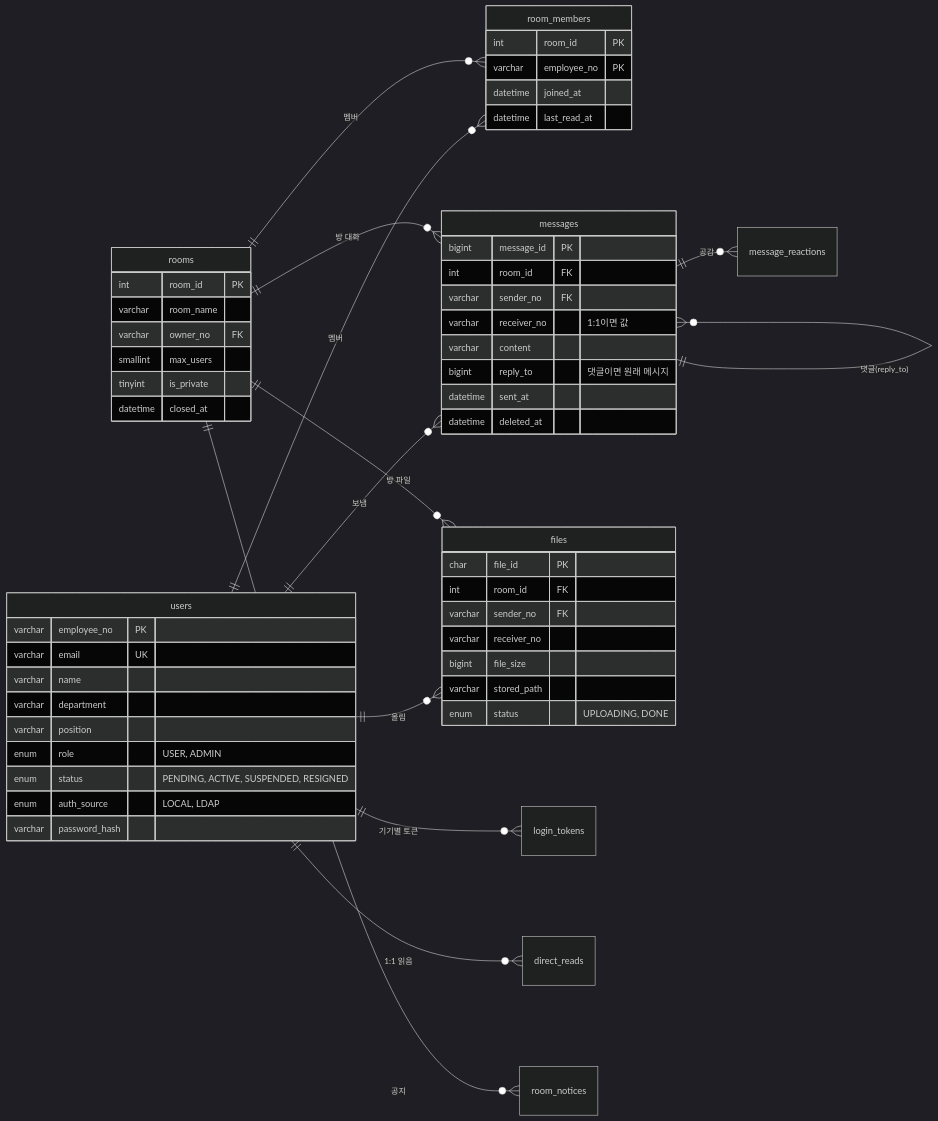
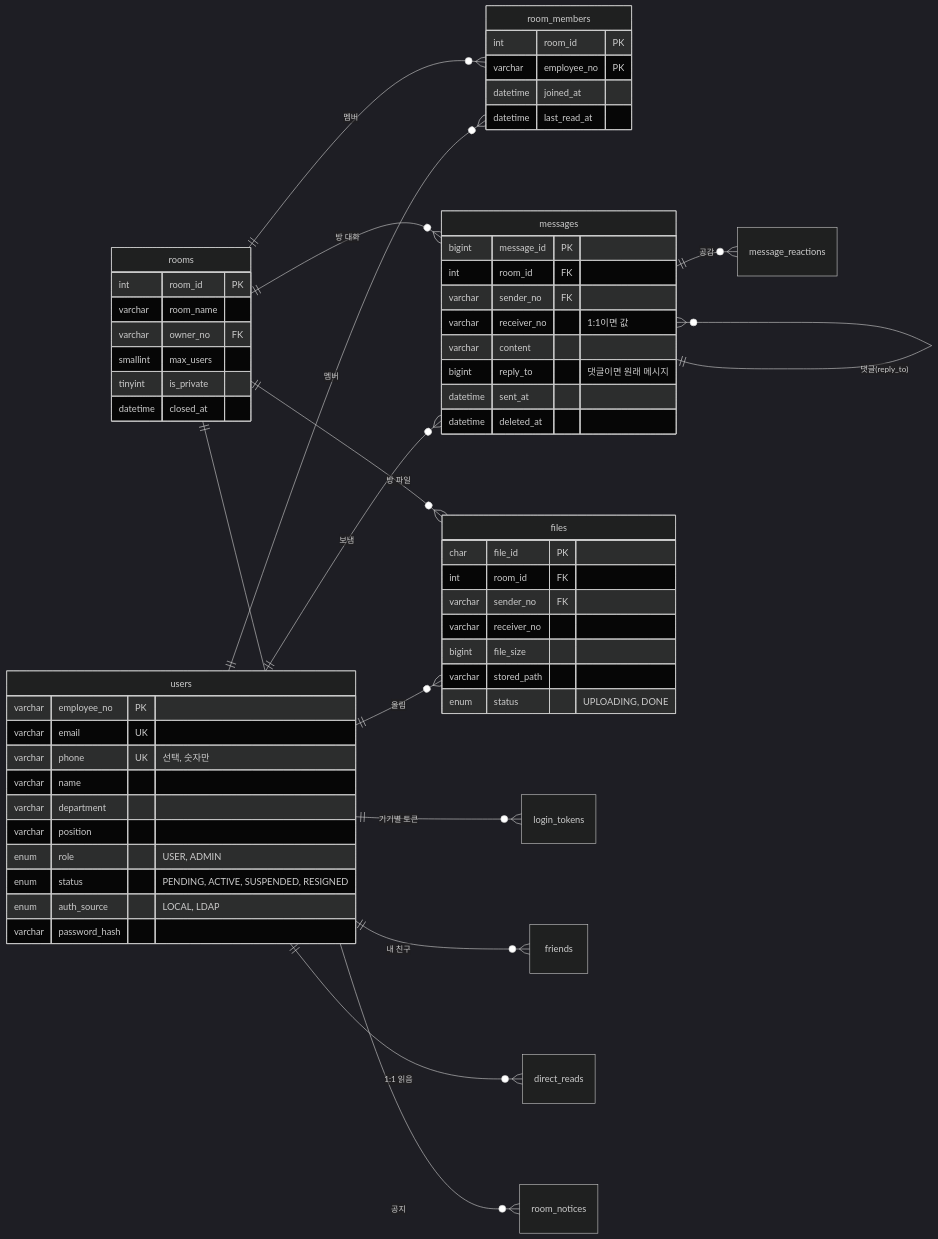
One commit to mycom0216/TalkProgram changed the seventh of 7 diagrams in docs/ARCHITECTURE.md. Above: the diagram before and after it, drawn with Mermaid (dark theme). The commit also changed other lines of this file and 19 other files, not shown here.

````diff
--- a/docs/ARCHITECTURE.md
+++ b/docs/ARCHITECTURE.md
@@ -264,60 +265,62 @@
 ```mermaid
 erDiagram
     direction LR
     users ||--o{ room_members : "멤버"
     users ||--o{ messages : "보냄"
     users ||--o{ files : "올림"
     users ||--o{ login_tokens : "기기별 토큰"
+    users ||--o{ friends : "내 친구"
     users ||--o{ direct_reads : "1:1 읽음"
     rooms ||--o{ room_members : "멤버"
     rooms ||--o{ messages : "방 대화"
     rooms ||--o{ files : "방 파일"
     rooms ||--o{ room_notices : "공지"
     messages ||--o{ message_reactions : "공감"
     messages ||--o{ messages : "댓글(reply_to)"
 
     users {
         varchar employee_no PK
         varchar email UK
+        varchar phone UK "선택, 숫자만"
         varchar name
         varchar department
         varchar position
         enum role "USER, ADMIN"
         enum status "PENDING, ACTIVE, SUSPENDED, RESIGNED"
         enum auth_source "LOCAL, LDAP"
         varchar password_hash
     }
     rooms {
         int room_id PK
         varchar room_name
         varchar owner_no FK
         smallint max_users
         tinyint is_private
         datetime closed_at
     }
     room_members {
         int room_id PK
         varchar employee_no PK
         datetime joined_at
         datetime last_read_at
     }
     messages {
         bigint message_id PK
         int room_id FK
         varchar sender_no FK
         varchar receiver_no "1:1이면 값"
         varchar content
         bigint reply_to "댓글이면 원래 메시지"
         datetime sent_at
         datetime deleted_at
     }
     files {
         char file_id PK
         int room_id FK
         varchar sender_no FK
         varchar receiver_no
         bigint file_size
         varchar stored_path
         enum status "UPLOADING, DONE"
     }
 ```
````
